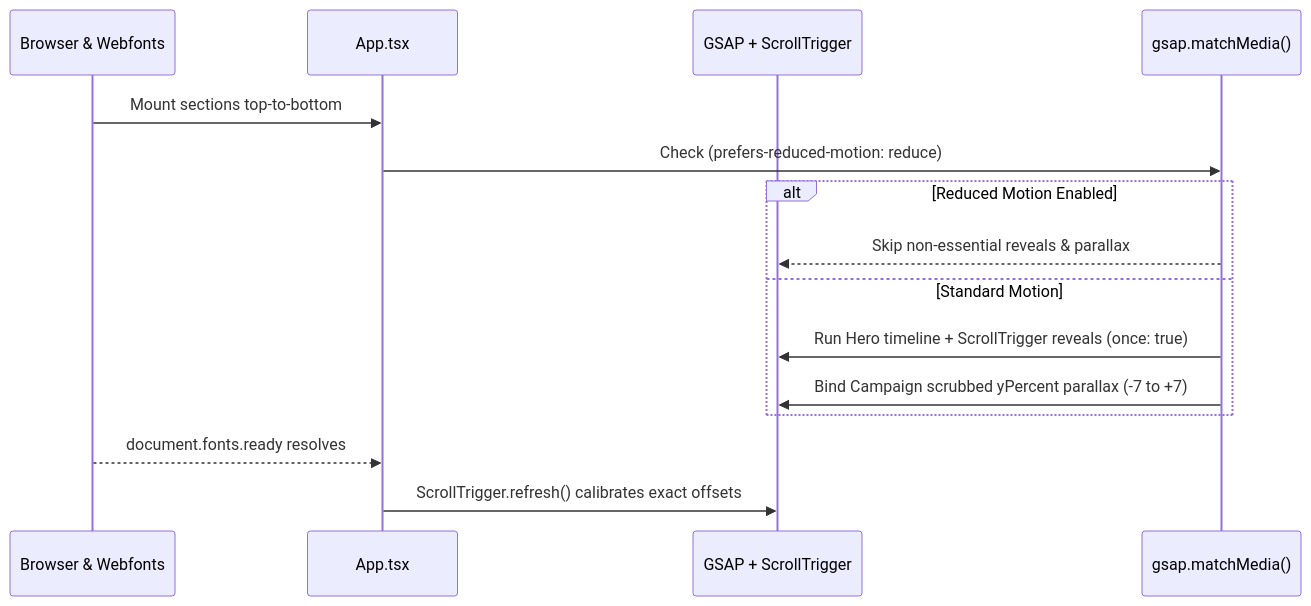
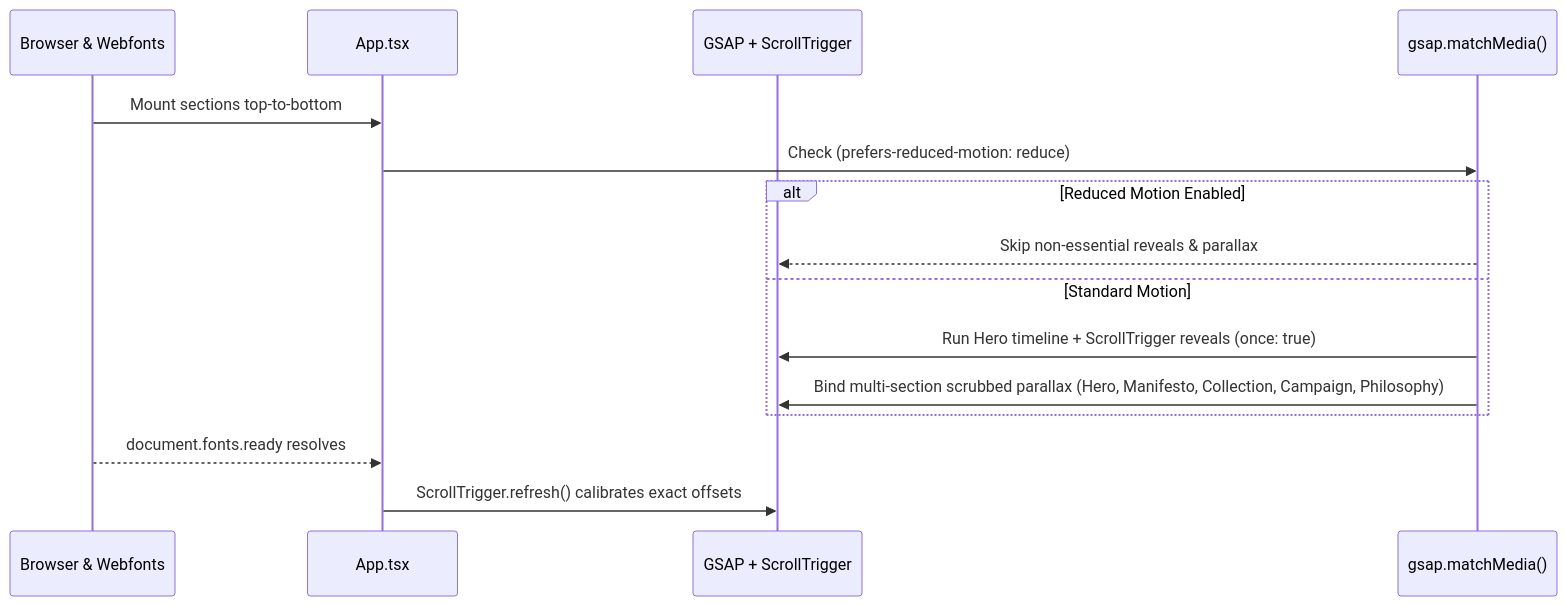
Before and after one commit to viochris/elvare-atelier: the second of 2 diagrams in README.md, drawn with Mermaid. The commit also changed other lines of this file and 5 other files, not shown here.

Commit message:
feat: add multi-section GSAP ScrollTrigger parallax choreography

````diff
--- a/README.md
+++ b/README.md
@@ -229,18 +229,18 @@
 ```mermaid
 sequenceDiagram
     participant Browser as Browser & Webfonts
     participant App as App.tsx
     participant GSAP as GSAP + ScrollTrigger
     participant Media as gsap.matchMedia()
 
     Browser->>App: Mount sections top-to-bottom
     App->>Media: Check (prefers-reduced-motion: reduce)
     alt Reduced Motion Enabled
         Media-->>GSAP: Skip non-essential reveals & parallax
     else Standard Motion
         Media->>GSAP: Run Hero timeline + ScrollTrigger reveals (once: true)
-        Media->>GSAP: Bind Campaign scrubbed yPercent parallax (-7 to +7)
+        Media->>GSAP: Bind multi-section scrubbed parallax (Hero, Manifesto, Collection, Campaign, Philosophy)
     end
     Browser-->>App: document.fonts.ready resolves
     App->>GSAP: ScrollTrigger.refresh() calibrates exact offsets
 ```
````
